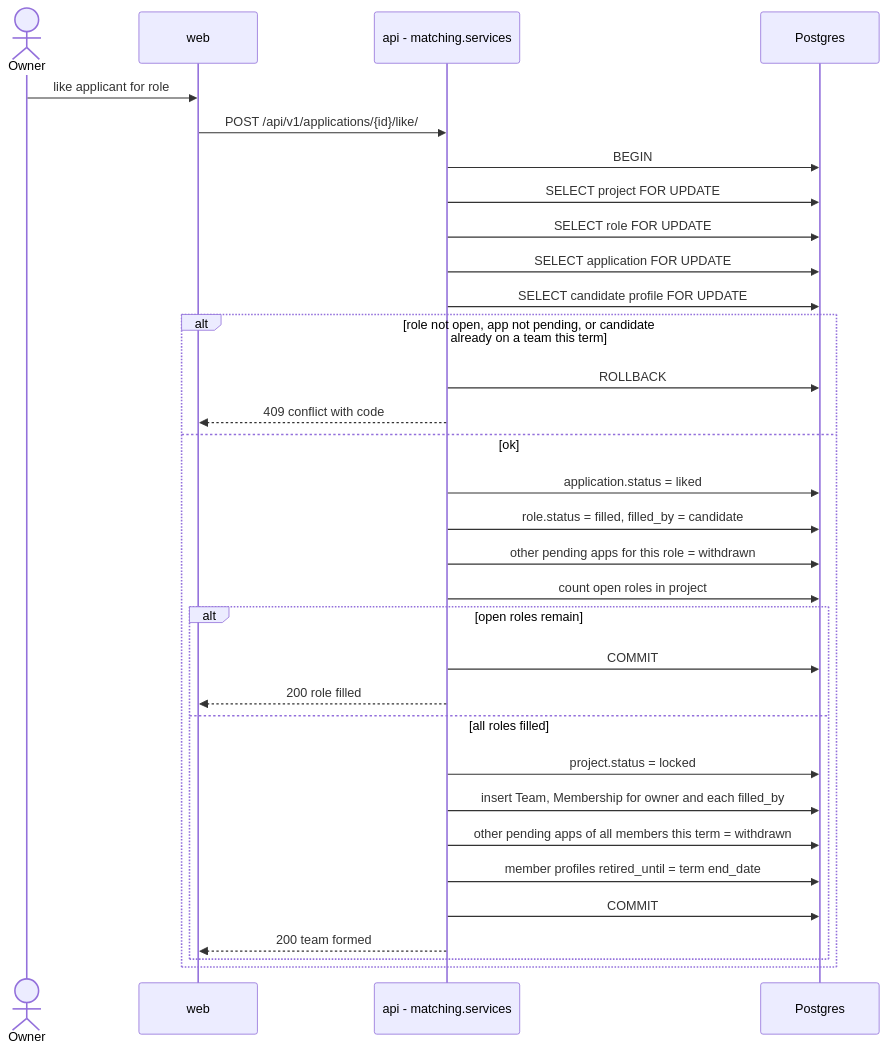
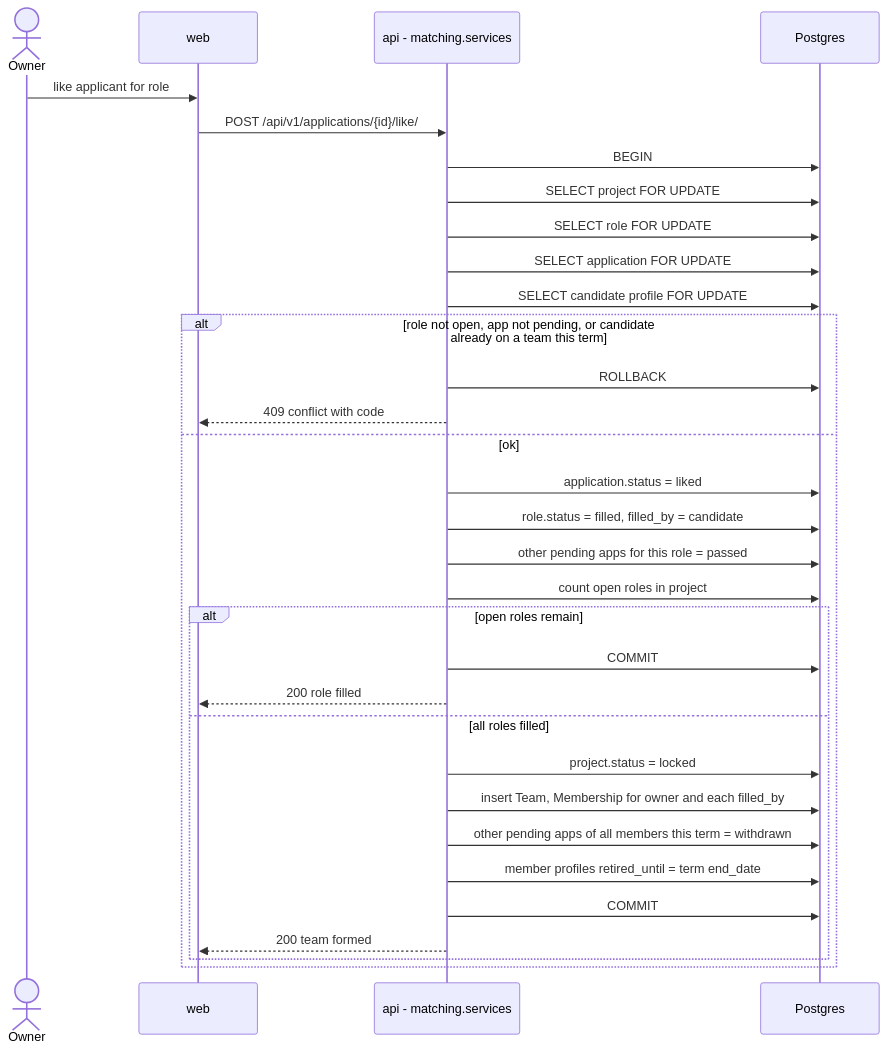
One commit to season101/teammatch changed the fourth of 6 diagrams in docs/architecture/flows.md. Above: the diagram before and after it, drawn with Mermaid. The commit also changed 64 other files, not shown here.

````diff
--- a/docs/architecture/flows.md
+++ b/docs/architecture/flows.md
@@ -109,35 +109,35 @@
 ```mermaid
 sequenceDiagram
     actor O as Owner
     participant W as web
     participant A as api - matching.services
     participant DB as Postgres
 
     O->>W: like applicant for role
     W->>A: POST /api/v1/applications/{id}/like/
     A->>DB: BEGIN
     A->>DB: SELECT project FOR UPDATE
     A->>DB: SELECT role FOR UPDATE
     A->>DB: SELECT application FOR UPDATE
     A->>DB: SELECT candidate profile FOR UPDATE
     alt role not open, app not pending, or candidate already on a team this term
         A->>DB: ROLLBACK
         A-->>W: 409 conflict with code
     else ok
         A->>DB: application.status = liked
         A->>DB: role.status = filled, filled_by = candidate
-        A->>DB: other pending apps for this role = withdrawn
+        A->>DB: other pending apps for this role = passed
         A->>DB: count open roles in project
         alt open roles remain
             A->>DB: COMMIT
             A-->>W: 200 role filled
         else all roles filled
             A->>DB: project.status = locked
             A->>DB: insert Team, Membership for owner and each filled_by
             A->>DB: other pending apps of all members this term = withdrawn
             A->>DB: member profiles retired_until = term end_date
             A->>DB: COMMIT
             A-->>W: 200 team formed
         end
     end
 ```
````
